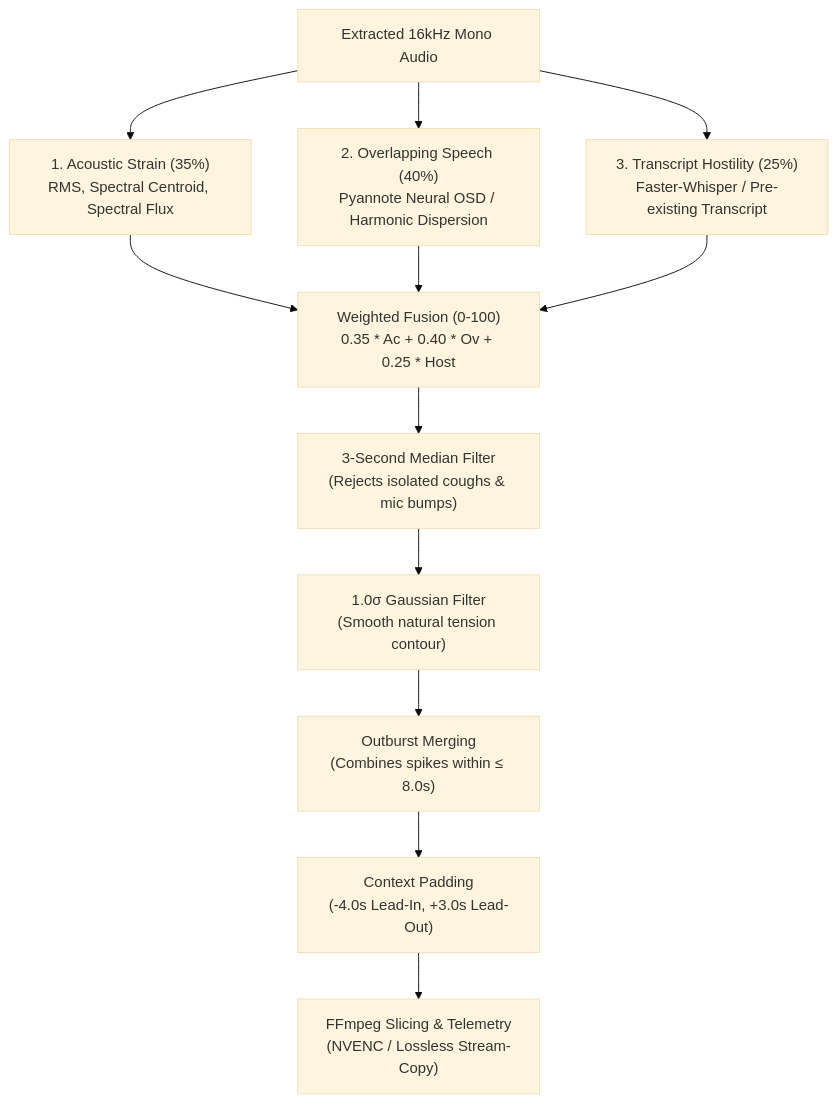
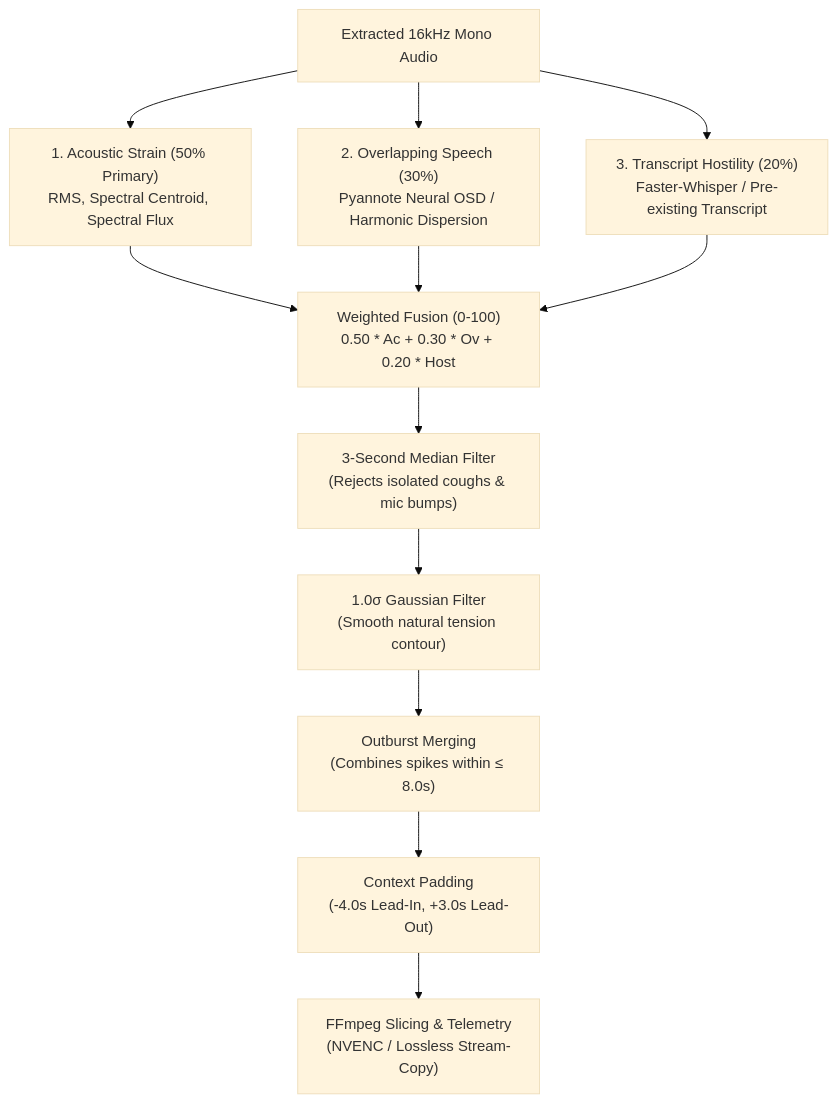
The diagram in tension_engine/README.md (driss-nabaoui/Video-Creation), drawn with Mermaid (base theme) before and after one commit. The commit also changed other lines of this file and 5 other files, not shown here.

Commit message:
feat: increase acoustic strain weight to 50% and add CLI weight tuning options

````diff
--- a/tension_engine/README.md
+++ b/tension_engine/README.md
@@ -11,16 +11,16 @@
 ```mermaid
 flowchart TD
-    WAV["Extracted 16kHz Mono Audio"] --> S1["1. Acoustic Strain (35%)\nRMS, Spectral Centroid, Spectral Flux"]
-    WAV --> S2["2. Overlapping Speech (40%)\nPyannote Neural OSD / Harmonic Dispersion"]
-    WAV --> S3["3. Transcript Hostility (25%)\nFaster-Whisper / Pre-existing Transcript"]
+    WAV["Extracted 16kHz Mono Audio"] --> S1["1. Acoustic Strain (50% Primary)\nRMS, Spectral Centroid, Spectral Flux"]
+    WAV --> S2["2. Overlapping Speech (30%)\nPyannote Neural OSD / Harmonic Dispersion"]
+    WAV --> S3["3. Transcript Hostility (20%)\nFaster-Whisper / Pre-existing Transcript"]
 
-    S1 --> Fusion["Weighted Fusion (0-100)\n0.35 * Ac + 0.40 * Ov + 0.25 * Host"]
+    S1 --> Fusion["Weighted Fusion (0-100)\n0.50 * Ac + 0.30 * Ov + 0.20 * Host"]
     S2 --> Fusion
     S3 --> Fusion
 
     Fusion --> Median["3-Second Median Filter\n(Rejects isolated coughs & mic bumps)"]
     Median --> Gauss["1.0σ Gaussian Filter\n(Smooth natural tension contour)"]
     Gauss --> Merge["Outburst Merging\n(Combines spikes within ≤ 8.0s)"]
     Merge --> Pad["Context Padding\n(-4.0s Lead-In, +3.0s Lead-Out)"]
     Pad --> Cut["FFmpeg Slicing & Telemetry\n(NVENC / Lossless Stream-Copy)"]
 ```
````
